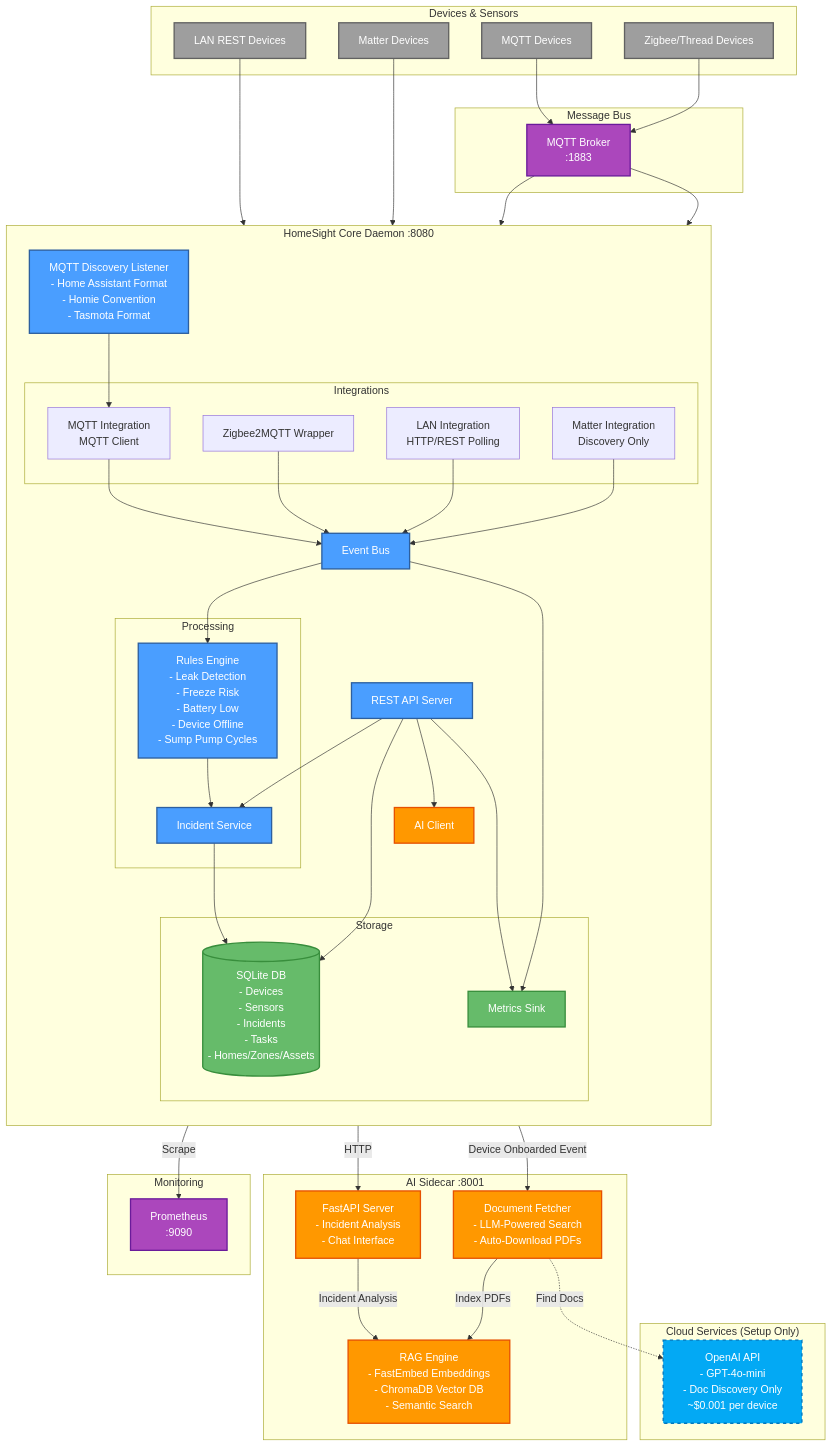
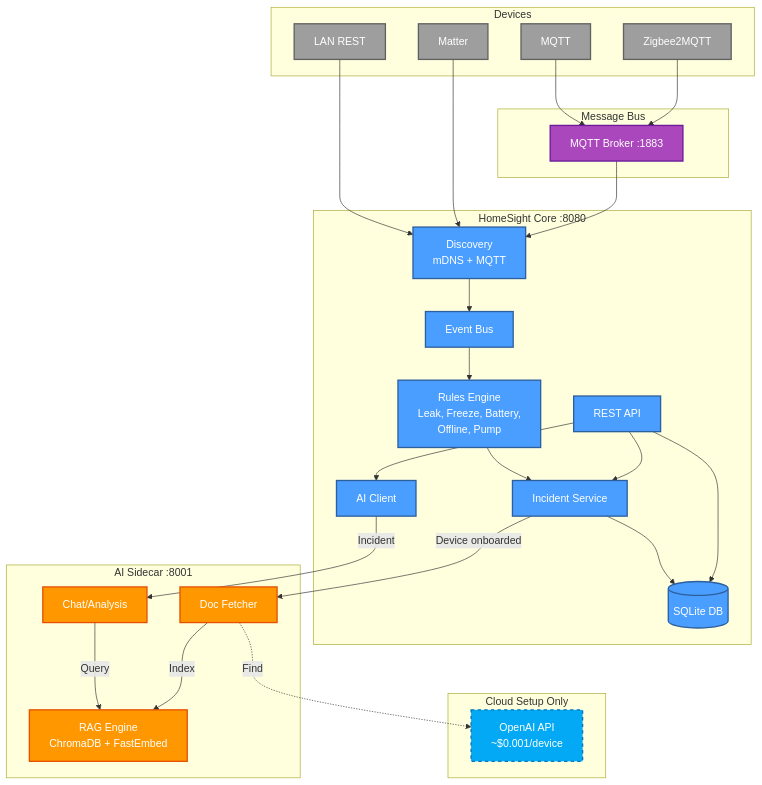
One commit to jbetancur/homesight changed the diagram in README.md. Above: the diagram before and after it, drawn with Mermaid. The commit also changed other lines of this file and 9 other files, not shown here.

````diff
--- a/README.md
+++ b/README.md
@@ -269,105 +85,73 @@
 ```mermaid
 graph TB
-    subgraph "Devices & Sensors"
-        MQTT_DEV[MQTT Devices]
-        ZIGBEE[Zigbee/Thread Devices]
-        LAN_DEV[LAN REST Devices]
-        MATTER[Matter Devices]
+    subgraph "Devices"
+        MQTT[MQTT]
+        ZIGBEE[Zigbee2MQTT]
+        LAN[LAN REST]
+        MATTER[Matter]
+    end
+
+    subgraph "HomeSight Core :8080"
+        API[REST API]
+        DISCOVERY[Discovery<br/>mDNS + MQTT]
+        EVENTS[Event Bus]
+        RULES[Rules Engine<br/>Leak, Freeze, Battery,<br/>Offline, Pump]
+        INCIDENTS[Incident Service]
+        DB[(SQLite DB)]
+        AI_CLIENT[AI Client]
     end
 
     subgraph "Message Bus"
-        MOSQUITTO[MQTT Broker<br/>:1883]
-    end
-
-    subgraph "HomeSight Core Daemon :8080"
-        direction TB
-        API[REST API Server]
-        EVENTS[Event Bus]
-        DISCOVERY[MQTT Discovery Listener<br/>- Home Assistant Format<br/>- Homie Convention<br/>- Tasmota Format]
-        
-        subgraph "Integrations"
-            INT_MQTT[MQTT Integration<br/>MQTT Client]
-            INT_ZIGBEE[Zigbee2MQTT Wrapper]
-            INT_LAN[LAN Integration<br/>HTTP/REST Polling]
-            INT_MATTER[Matter Integration<br/>Discovery Only]
-        end
-        
-        subgraph "Processing"
-            RULES[Rules Engine<br/>- Leak Detection<br/>- Freeze Risk<br/>- Battery Low<br/>- Device Offline<br/>- Sump Pump Cycles]
-            INCIDENTS[Incident Service]
-        end
-        
-        subgraph "Storage"
-            DB[(SQLite DB<br/>- Devices<br/>- Sensors<br/>- Incidents<br/>- Tasks<br/>- Homes/Zones/Assets)]
-            METRICS[Metrics Sink]
-        end
-        
-        AI_CLIENT[AI Client]
+        MOSQUITTO["MQTT Broker :1883"]
     end
 
     subgraph "AI Sidecar :8001"
-        AI_API[FastAPI Server<br/>- Incident Analysis<br/>- Chat Interface]
-        DOC_FETCH[Document Fetcher<br/>- LLM-Powered Search<br/>- Auto-Download PDFs]
-        RAG[RAG Engine<br/>- FastEmbed Embeddings<br/>- ChromaDB Vector DB<br/>- Semantic Search]
+        RAG["RAG Engine<br/>ChromaDB + FastEmbed"]
+        CHAT[Chat/Analysis]
+        DOC_FETCH[Doc Fetcher]
     end
 
-    subgraph "Cloud Services (Setup Only)"
-        OPENAI[OpenAI API<br/>- GPT-4o-mini<br/>- Doc Discovery Only<br/>~$0.001 per device]
+    subgraph "Cloud Setup Only"
+        OPENAI["OpenAI API<br/>~$0.001/device"]
     end
 
-    subgraph "Monitoring"
-        PROM[Prometheus<br/>:9090]
-    end
+    %% Device flow
+    MQTT --> MOSQUITTO
+    ZIGBEE --> MOSQUITTO
+    LAN --> DISCOVERY
+    MATTER --> DISCOVERY
+    MOSQUITTO --> DISCOVERY
 
-    %% Device connections
-    MQTT_DEV --> MOSQUITTO
-    ZIGBEE --> MOSQUITTO
-    LAN_DEV --> INT_LAN
-    MATTER --> INT_MATTER
-    
-    %% Integration connections
-    MOSQUITTO --> INT_MQTT
-    MOSQUITTO --> INT_ZIGBEE
-    DISCOVERY --> INT_MQTT
-    INT_MQTT --> EVENTS
-    INT_ZIGBEE --> EVENTS
-    INT_LAN --> EVENTS
-    INT_MATTER --> EVENTS
-    
-    %% Event processing
+    %% Processing flow
+    DISCOVERY --> EVENTS
     EVENTS --> RULES
     RULES --> INCIDENTS
     INCIDENTS --> DB
-    EVENTS --> METRICS
-    
-    %% API connections
+
+    %% API
+    API --> DB
     API --> INCIDENTS
-    API --> DB
     API --> AI_CLIENT
-    API --> METRICS
-    
-    %% AI connections
-    AI_CLIENT -->|HTTP| AI_API
-    AI_API -->|Incident Analysis| RAG
-    API -->|Device Onboarded Event| DOC_FETCH
-    DOC_FETCH -.->|Find Docs| OPENAI
-    DOC_FETCH -->|Index PDFs| RAG
-    
-    %% Metrics
-    METRICS -->|Scrape| PROM
-    
+
+    %% AI flow
+    AI_CLIENT -->|Incident| CHAT
+    CHAT -->|Query| RAG
+    DOC_FETCH -->|Index| RAG
+    DOC_FETCH -.->|Find| OPENAI
+
+    %% Device event trigger
+    INCIDENTS -->|Device onboarded| DOC_FETCH
+
     %% Styling
     classDef core fill:#4a9eff,stroke:#2d5f9f,stroke-width:2px,color:#fff
-    classDef storage fill:#66bb6a,stroke:#388e3c,stroke-width:2px,color:#fff
     classDef ai fill:#ff9800,stroke:#e65100,stroke-width:2px,color:#fff
     classDef device fill:#9e9e9e,stroke:#616161,stroke-width:2px,color:#fff
     classDef bus fill:#ab47bc,stroke:#6a1b9a,stroke-width:2px,color:#fff
-    classDef cloud fill:#03a9f4,stroke:#0277bd,stroke-width:2px,stroke-dasharray: 5 5,color:#fff
-    
-    class API,EVENTS,RULES,INCIDENTS,DISCOVERY core
-    class DB,METRICS storage
-    class AI_API,RAG,DOC_FETCH,AI_CLIENT ai
-    class MQTT_DEV,ZIGBEE,LAN_DEV,MATTER device
-    class MOSQUITTO,PROM bus
+    classDef cloud fill:#03a9f4,stroke:#0277bd,stroke-width:2px,stroke-dasharray:5,5,color:#fff
+
+    class API,DISCOVERY,EVENTS,RULES,INCIDENTS,DB,AI_CLIENT core
+    class CHAT,RAG,DOC_FETCH ai
+    class MQTT,ZIGBEE,LAN,MATTER device
+    class MOSQUITTO bus
     class OPENAI cloud
 ```
````
